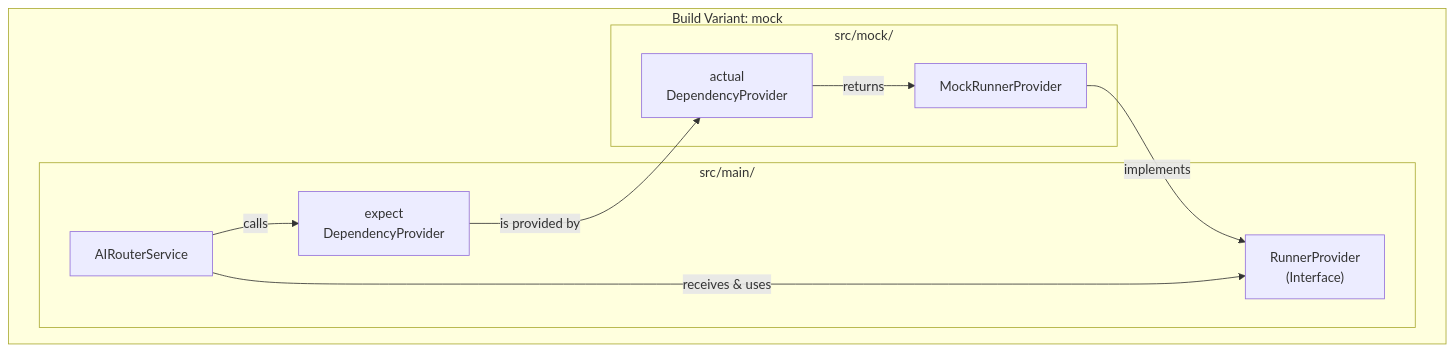
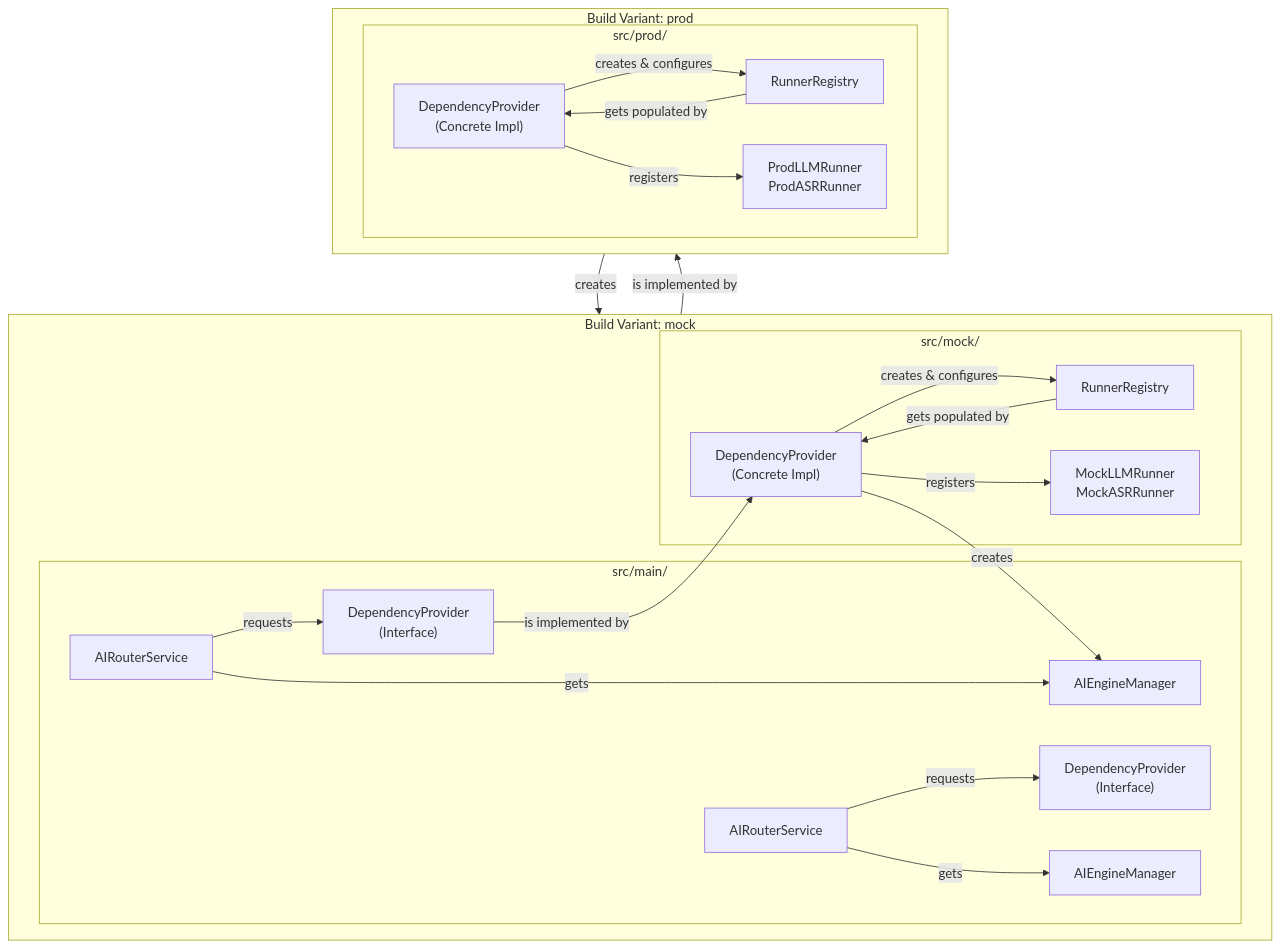
Before and after one commit to mtkresearch/BreezeApp: the diagram in BreezeApp_v2/breeze-app-router/docs/ARCHITECTURE.md, drawn with Mermaid. The commit also changed other lines of this file and 10 other files, not shown here.

````diff
--- a/BreezeApp_v2/breeze-app-router/docs/ARCHITECTURE.md
+++ b/BreezeApp_v2/breeze-app-router/docs/ARCHITECTURE.md
@@ -70,16 +69,38 @@
 ```mermaid
 graph TD
     subgraph "Build Variant: mock"
         direction LR
         subgraph "src/main/"
-            C["AIRouterService"] -- "calls" --> E["expect<br/>DependencyProvider"]
-            I["RunnerProvider<br/>(Interface)"]
+            SERVICE["AIRouterService"] -- "requests" --> DP_INTERFACE["DependencyProvider<br/>(Interface)"]
+            ENGINE["AIEngineManager"]
         end
         subgraph "src/mock/"
-            ME["actual<br/>DependencyProvider"] -- "returns" --> MI["MockRunnerProvider"]
+            MOCK_DP["DependencyProvider<br/>(Concrete Impl)"]
+            MOCK_DP -- "creates & configures" --> REGISTRY["RunnerRegistry"]
+            MOCK_DP -- "creates" --> ENGINE
+            REGISTRY -- "gets populated by" --> MOCK_DP
+            MOCK_RUNNERS["MockLLMRunner<br/>MockASRRunner"]
+            MOCK_DP -- "registers" --> MOCK_RUNNERS
         end
-        E -- "is provided by" --> ME
-        MI -- "implements" --> I
-        C -- "receives & uses" --> I
+        DP_INTERFACE -- "is implemented by" --> MOCK_DP
+        SERVICE -- "gets" --> ENGINE
+    end
+
+    subgraph "Build Variant: prod"
+        direction LR
+         subgraph "src/main/"
+            SERVICE2["AIRouterService"] -- "requests" --> DP_INTERFACE2["DependencyProvider<br/>(Interface)"]
+            ENGINE2["AIEngineManager"]
+        end
+        subgraph "src/prod/"
+            PROD_DP["DependencyProvider<br/>(Concrete Impl)"]
+            PROD_DP -- "creates & configures" --> REGISTRY2["RunnerRegistry"]
+            PROD_DP -- "creates" --> ENGINE2
+            REGISTRY2 -- "gets populated by" --> PROD_DP
+            PROD_RUNNERS["ProdLLMRunner<br/>ProdASRRunner"]
+            PROD_DP -- "registers" --> PROD_RUNNERS
+        end
+        DP_INTERFACE2 -- "is implemented by" --> PROD_DP
+        SERVICE2 -- "gets" --> ENGINE2
     end
 ```
````
